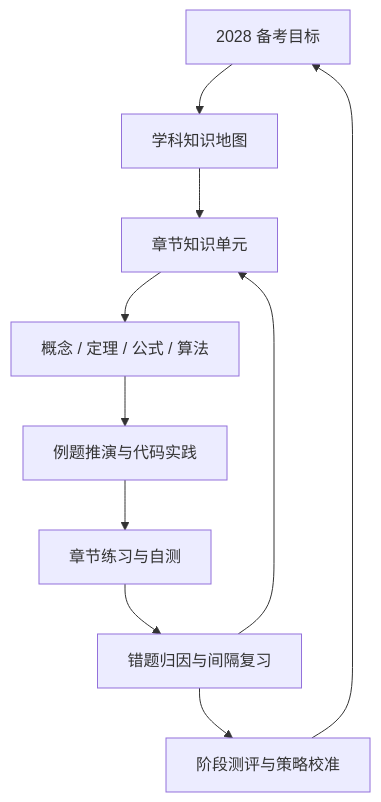
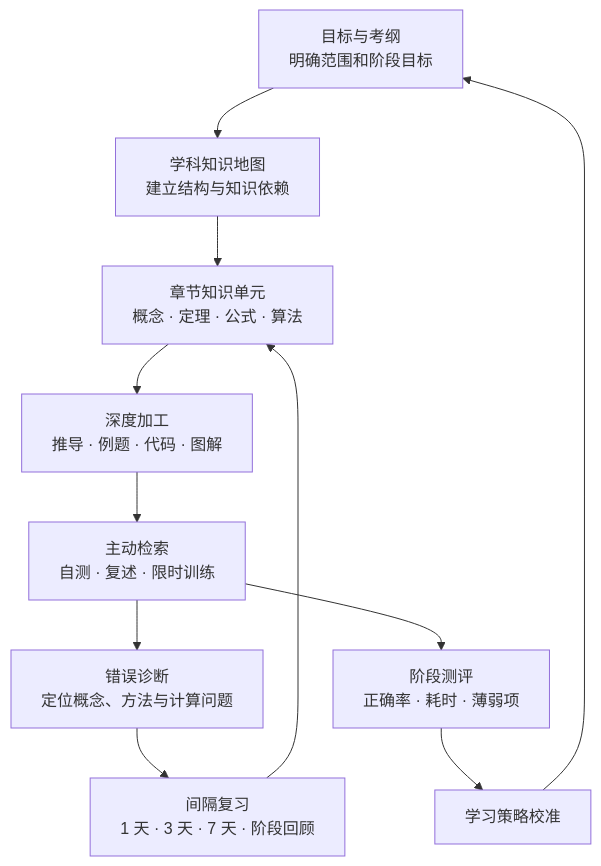
One commit to ilikui/CS changed the diagram in ReadMe.md. Above: the diagram before and after it, drawn with Mermaid. The commit also changed other lines of this file, not shown here.

````diff
--- a/ReadMe.md
+++ b/ReadMe.md
@@ -12,12 +100,13 @@
-~~~mermaid
+```mermaid
 flowchart TB
-    A["2028 备考目标"] --> B["学科知识地图"]
-    B --> C["章节知识单元"]
-    C --> D["概念 / 定理 / 公式 / 算法"]
-    D --> E["例题推演与代码实践"]
-    E --> F["章节练习与自测"]
-    F --> G["错题归因与间隔复习"]
+    A["目标与考纲<br/>明确范围和阶段目标"] --> B["学科知识地图<br/>建立结构与知识依赖"]
+    B --> C["章节知识单元<br/>概念 · 定理 · 公式 · 算法"]
+    C --> D["深度加工<br/>推导 · 例题 · 代码 · 图解"]
+    D --> E["主动检索<br/>自测 · 复述 · 限时训练"]
+    E --> F["错误诊断<br/>定位概念、方法与计算问题"]
+    F --> G["间隔复习<br/>1 天 · 3 天 · 7 天 · 阶段回顾"]
     G --> C
-    G --> H["阶段测评与策略校准"]
-    H --> A
-~~~
+    E --> H["阶段测评<br/>正确率 · 耗时 · 薄弱项"]
+    H --> I["学习策略校准"]
+    I --> A
+```
````
